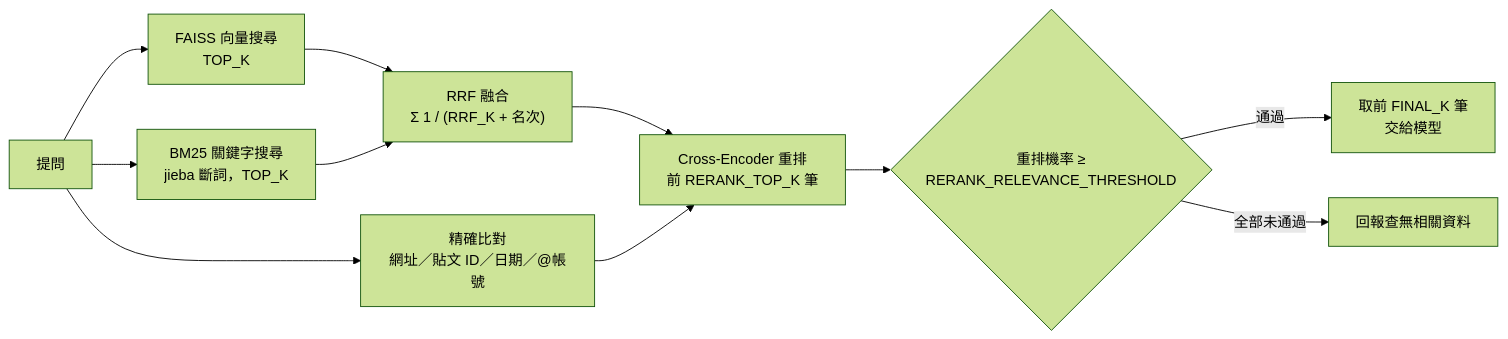
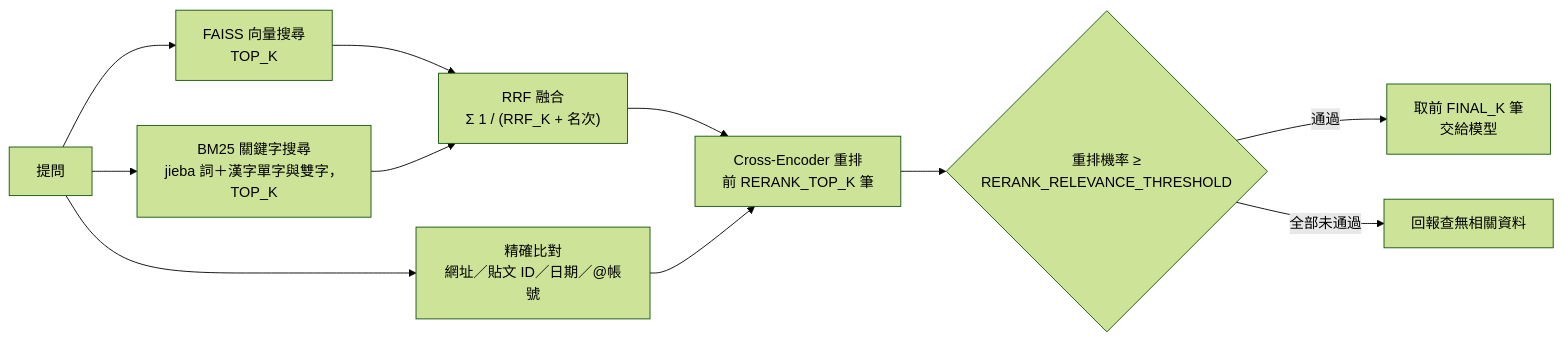
Before and after one commit to Scorpio-meow/AskMiao: the first of 3 diagrams in README.md, drawn with Mermaid (forest theme). The commit also changed other lines of this file and 163 other files, not shown here.

````diff
--- a/README.md
+++ b/README.md
@@ -128,13 +128,13 @@
 ```mermaid
 flowchart LR
     Q["提問"] --> V["FAISS 向量搜尋<br/>TOP_K"]
-    Q --> B["BM25 關鍵字搜尋<br/>jieba 斷詞，TOP_K"]
+    Q --> B["BM25 關鍵字搜尋<br/>jieba 詞＋漢字單字與雙字，TOP_K"]
     Q --> E["精確比對<br/>網址／貼文 ID／日期／@帳號"]
     V --> F["RRF 融合<br/>Σ 1 / (RRF_K + 名次)"]
     B --> F
     F --> R["Cross-Encoder 重排<br/>前 RERANK_TOP_K 筆"]
     E --> R
     R --> T{"重排機率 ≥<br/>RERANK_RELEVANCE_THRESHOLD"}
     T -->|通過| K["取前 FINAL_K 筆<br/>交給模型"]
     T -->|全部未通過| N["回報查無相關資料"]
 ```
````
